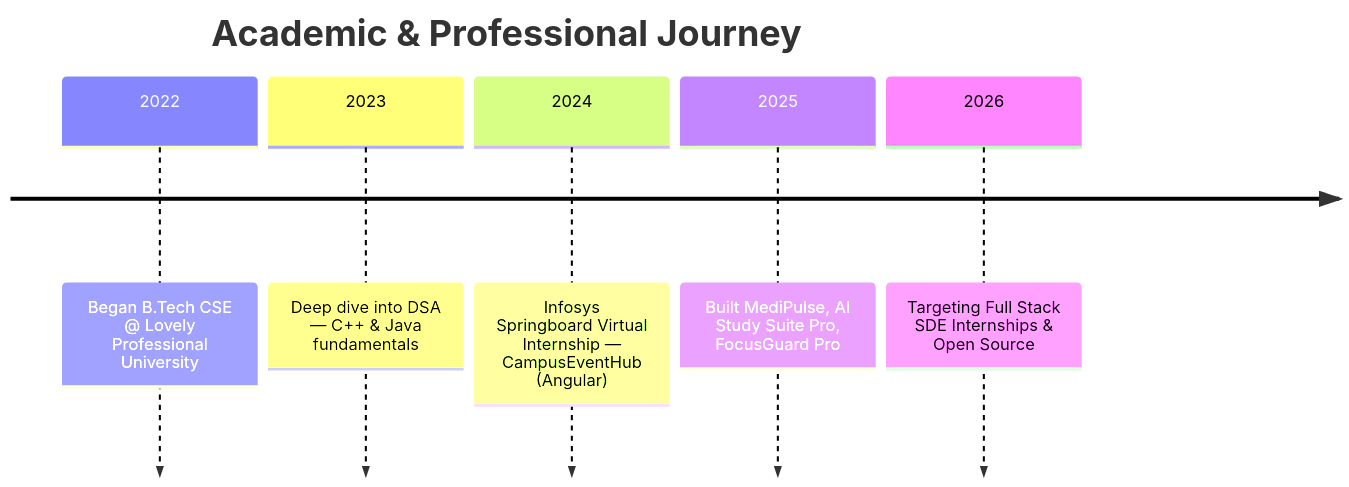
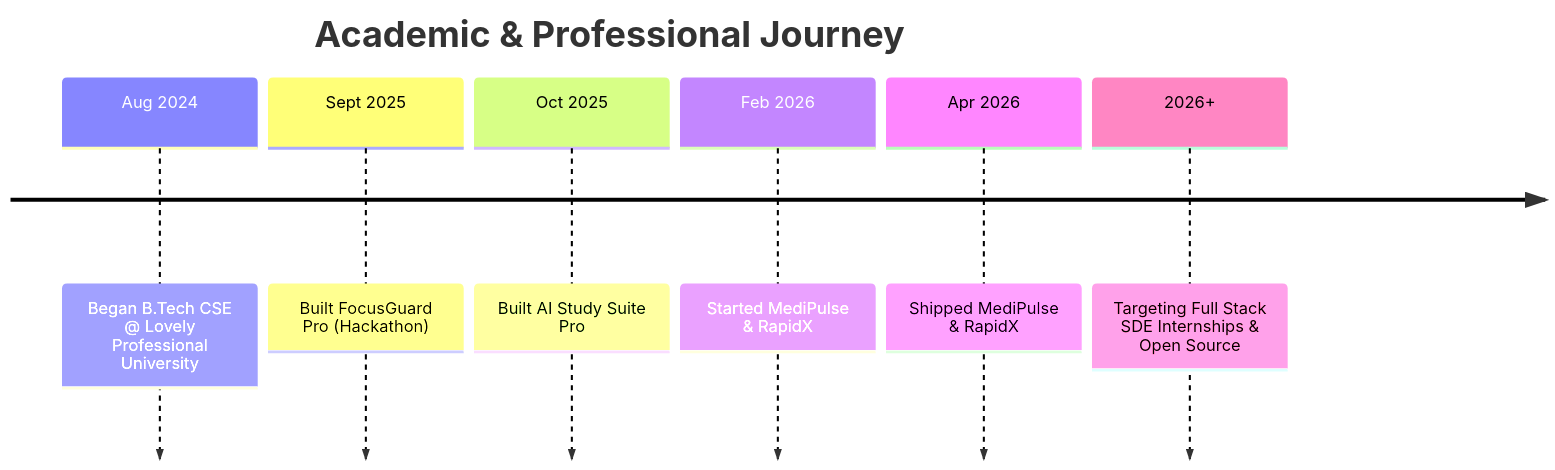
The fourth of 4 diagrams in README.md (razashoeb840/razashoeb840), drawn with Mermaid before and after one commit. The commit also changed other lines of this file, not shown here.

````diff
--- a/README.md
+++ b/README.md
@@ -332,9 +368,10 @@
 ```mermaid
 timeline
     title Academic & Professional Journey
-    2022 : Began B.Tech CSE @ Lovely Professional University
-    2023 : Deep dive into DSA — C++ & Java fundamentals
-    2024 : Infosys Springboard Virtual Internship — CampusEventHub (Angular)
-    2025 : Built MediPulse, AI Study Suite Pro, FocusGuard Pro
-    2026 : Targeting Full Stack SDE Internships & Open Source
+    Aug 2024 : Began B.Tech CSE @ Lovely Professional University
+    Sept 2025 : Built FocusGuard Pro (Hackathon)
+    Oct 2025 : Built AI Study Suite Pro
+    Feb 2026 : Started MediPulse & RapidX
+    Apr 2026 : Shipped MediPulse & RapidX
+    2026+ : Targeting Full Stack SDE Internships & Open Source
 ```
````
